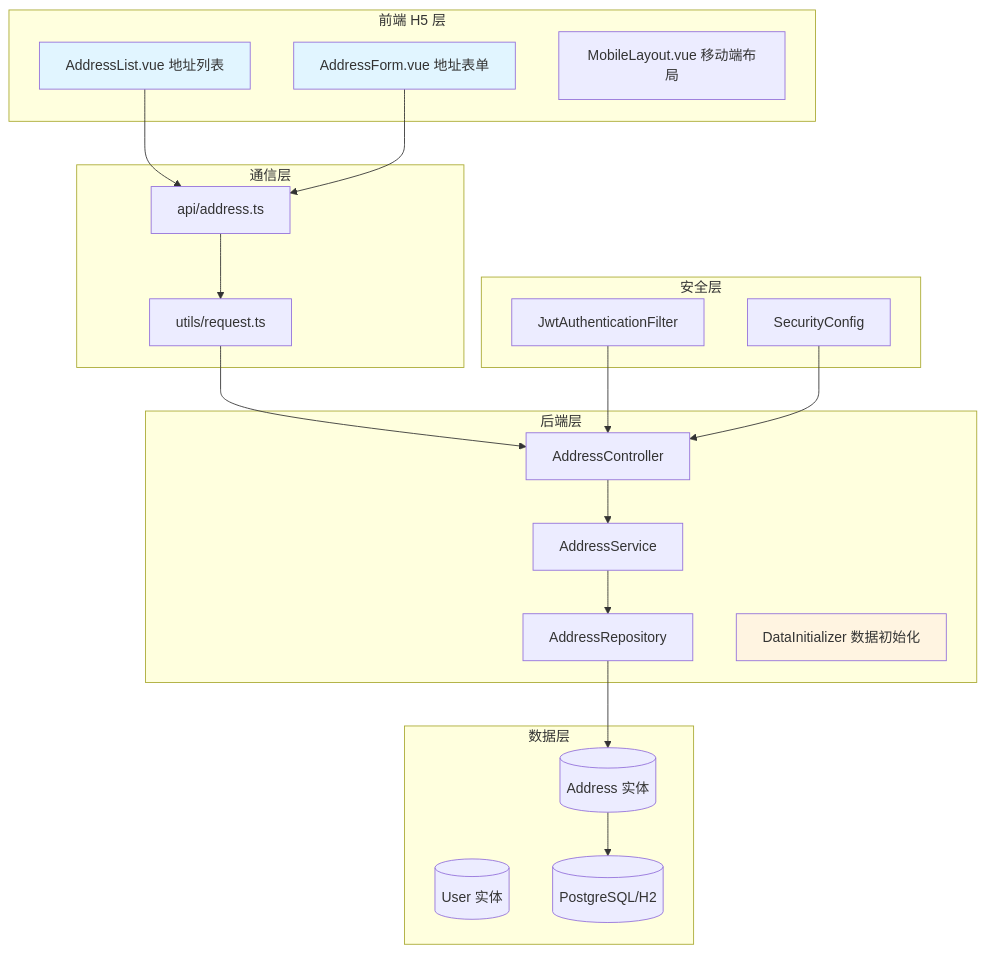
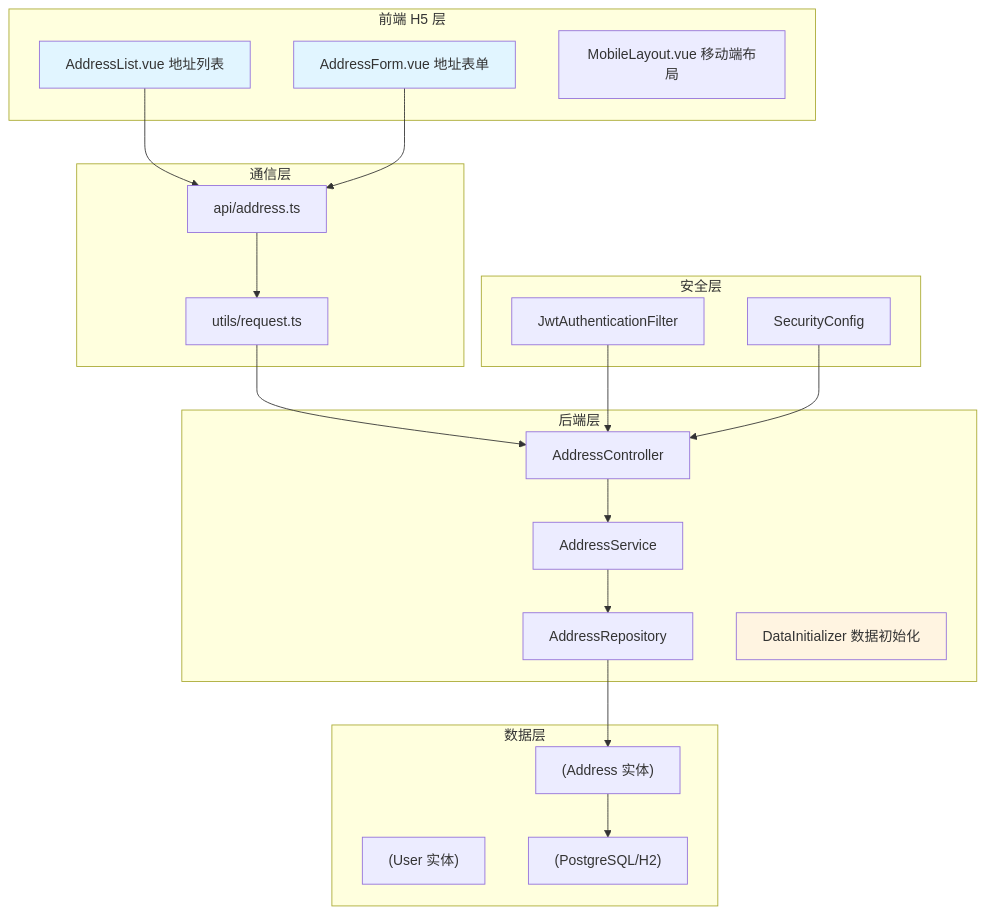
Before and after one commit to RONGX563647/CSTP: the first of 3 diagrams in docs/1.3.用户地址开发.md, drawn with Mermaid. The commit also changed 29 other files, not shown here.

````diff
--- a/docs/1.3.用户地址开发.md
+++ b/docs/1.3.用户地址开发.md
@@ -23,46 +23,46 @@
 ```mermaid
-graph TB
-    subgraph 前端 H5 层
-        A1[AddressList.vue 地址列表]
-        A2[AddressForm.vue 地址表单]
-        A3[MobileLayout.vue 移动端布局]
+flowchart TB
+    subgraph frontend["前端 H5 层"]
+        A1["AddressList.vue 地址列表"]
+        A2["AddressForm.vue 地址表单"]
+        A3["MobileLayout.vue 移动端布局"]
     end
     
-    subgraph 通信层
-        B1[api/address.ts]
-        B2[utils/request.ts]
+    subgraph communication["通信层"]
+        B1["api/address.ts"]
+        B2["utils/request.ts"]
     end
     
-    subgraph 后端层
-        C1[AddressController]
-        C2[AddressService]
-        C3[AddressRepository]
-        C4[DataInitializer 数据初始化]
+    subgraph backend["后端层"]
+        C1["AddressController"]
+        C2["AddressService"]
+        C3["AddressRepository"]
+        C4["DataInitializer 数据初始化"]
     end
     
-    subgraph 数据层
-        D1[(Address 实体)]
-        D2[(User 实体)]
-        D3[(PostgreSQL/H2)]
+    subgraph data["数据层"]
+        D1["(Address 实体)"]
+        D2["(User 实体)"]
+        D3["(PostgreSQL/H2)"]
     end
     
-    subgraph 安全层
-        E1[JwtAuthenticationFilter]
-        E2[SecurityConfig]
+    subgraph security["安全层"]
+        E1["JwtAuthenticationFilter"]
+        E2["SecurityConfig"]
     end
     
     A1 --> B1
     A2 --> B1
     B1 --> B2
     B2 --> C1
     C1 --> C2
     C2 --> C3
     C3 --> D1
     D1 --> D3
     E1 --> C1
     E2 --> C1
     
     style A1 fill:#e1f5ff
     style A2 fill:#e1f5ff
     style C4 fill:#fff4e1
 ```
````
